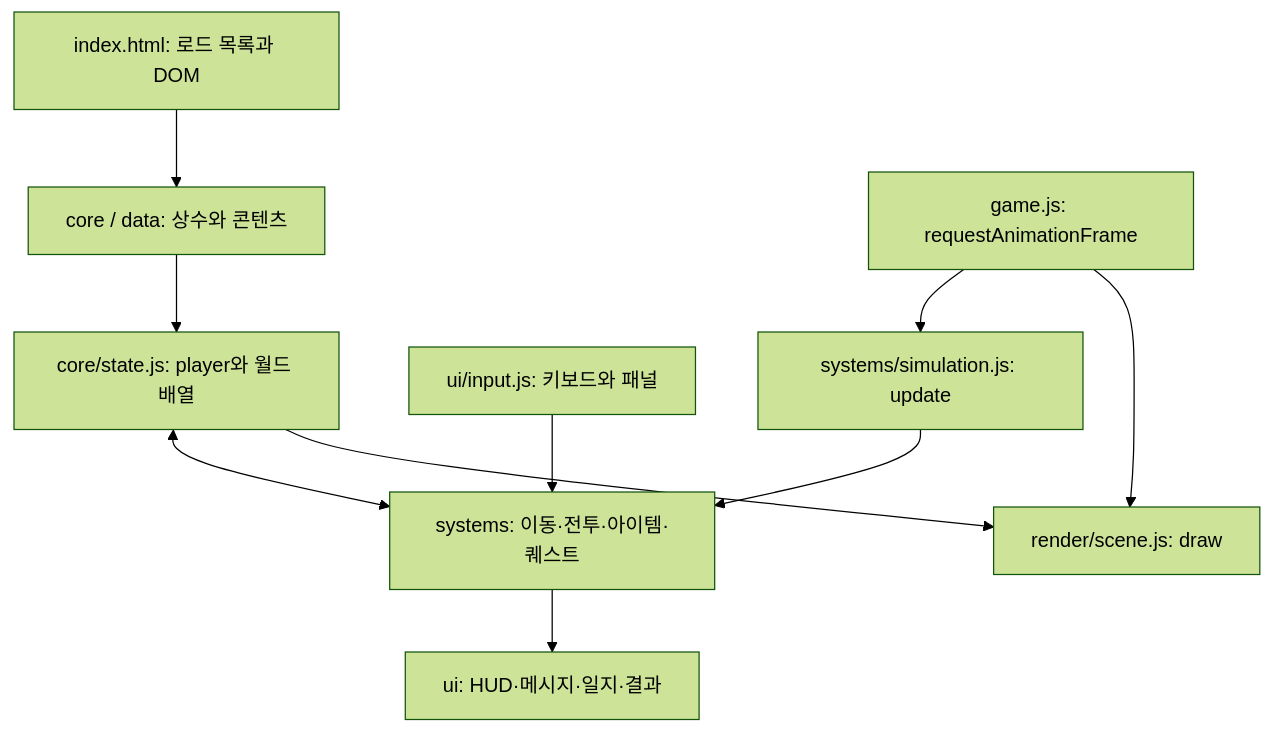
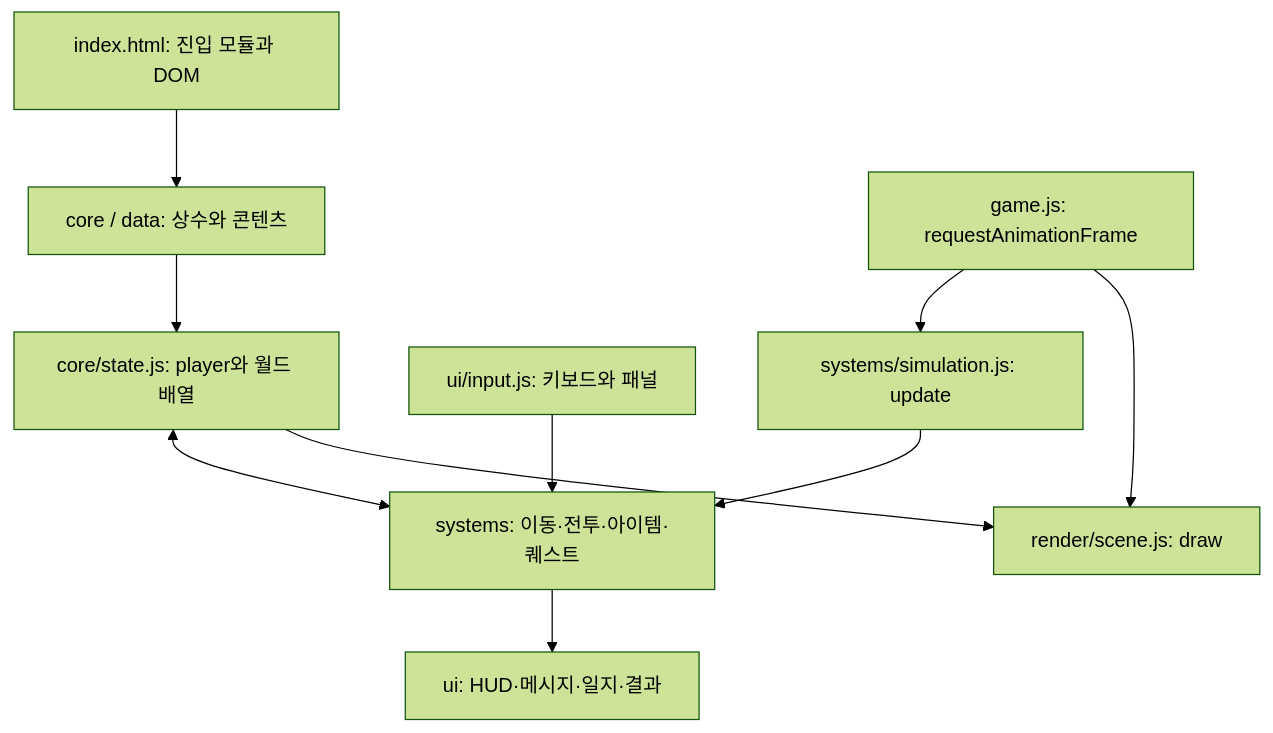
One commit to obmaz/sjrpg changed the diagram in README.md. Above: the diagram before and after it, drawn with Mermaid (forest theme). The commit also changed other lines of this file and 60 other files, not shown here.

````diff
--- a/README.md
+++ b/README.md
@@ -155,12 +159,12 @@
 ```mermaid
 flowchart TD
-    HTML[index.html: 로드 목록과 DOM] --> Data[core / data: 상수와 콘텐츠]
+    HTML[index.html: 진입 모듈과 DOM] --> Data[core / data: 상수와 콘텐츠]
     Data --> State[core/state.js: player와 월드 배열]
     Input[ui/input.js: 키보드와 패널] --> Systems[systems: 이동·전투·아이템·퀘스트]
     State <--> Systems
     Loop[game.js: requestAnimationFrame] --> Update[systems/simulation.js: update]
     Update --> Systems
     Loop --> Render[render/scene.js: draw]
     State --> Render
     Systems --> UI[ui: HUD·메시지·일지·결과]
 ```
````
